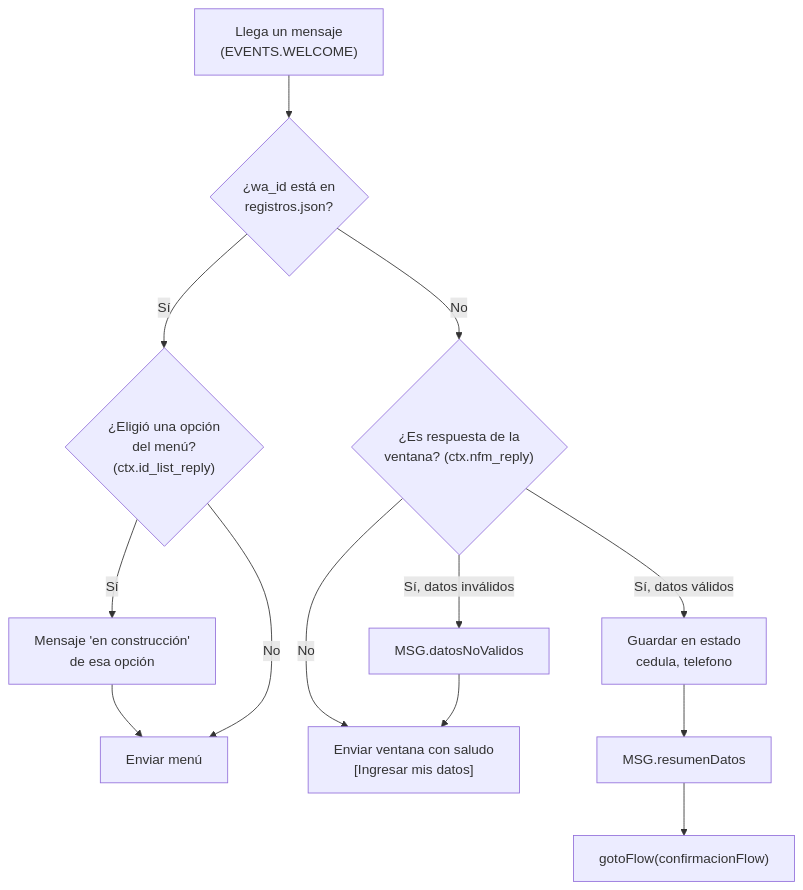
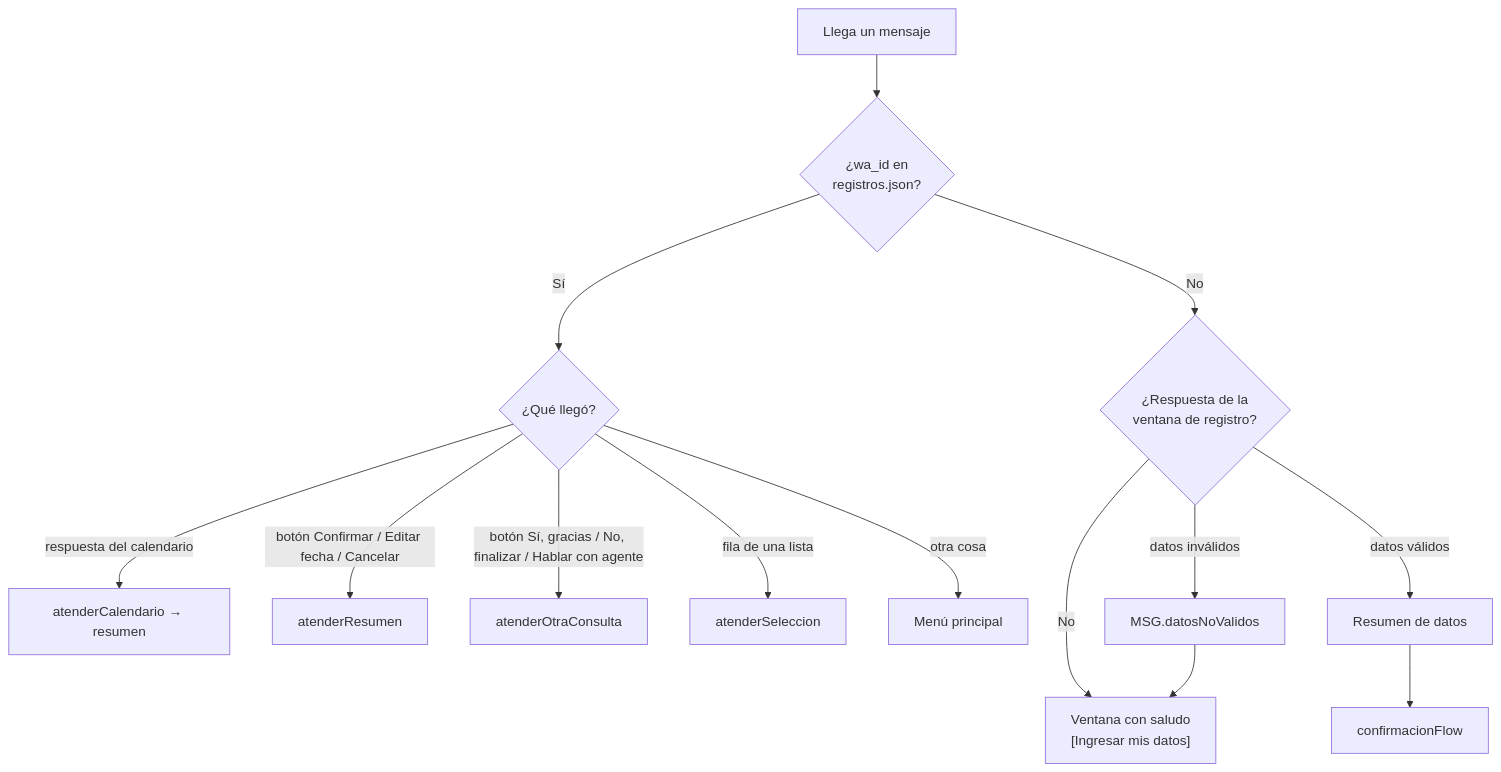
Before and after one commit to brayanfonseca-ai/valeri-bot: the second of 5 diagrams in docs/ARQUITECTURA_VALERI.md, drawn with Mermaid. The commit also changed other lines of this file and 18 other files, not shown here.

Commit message:
Valeri: comprobante de pago, vacaciones, solicitud con calendario y cierre con 'otra consulta'

````diff
--- a/docs/ARQUITECTURA_VALERI.md
+++ b/docs/ARQUITECTURA_VALERI.md
@@ -245,11 +201,14 @@
 ```mermaid
 flowchart TD
-    A["Llega un mensaje<br/>(EVENTS.WELCOME)"] --> B{"¿wa_id está en<br/>registros.json?"}
-    B -- Sí --> C{"¿Eligió una opción<br/>del menú?<br/>(ctx.id_list_reply)"}
-    C -- Sí --> D["Mensaje 'en construcción'<br/>de esa opción"] --> MENU["Enviar menú"]
-    C -- No --> MENU
-    B -- No --> E{"¿Es respuesta de la<br/>ventana? (ctx.nfm_reply)"}
-    E -- No --> F["Enviar ventana con saludo<br/>[Ingresar mis datos]"]
-    E -- "Sí, datos inválidos" --> G["MSG.datosNoValidos"] --> F
-    E -- "Sí, datos válidos" --> H["Guardar en estado<br/>cedula, telefono"] --> I["MSG.resumenDatos"] --> J["gotoFlow(confirmacionFlow)"]
+    A["Llega un mensaje"] --> B{"¿wa_id en<br/>registros.json?"}
+    B -- Sí --> C{"¿Qué llegó?"}
+    C -- "respuesta del calendario" --> C1["atenderCalendario → resumen"]
+    C -- "botón Confirmar / Editar fecha / Cancelar" --> C2["atenderResumen"]
+    C -- "botón Sí, gracias / No, finalizar / Hablar con agente" --> C3["atenderOtraConsulta"]
+    C -- "fila de una lista" --> C4["atenderSeleccion"]
+    C -- "otra cosa" --> MENU["Menú principal"]
+    B -- No --> E{"¿Respuesta de la<br/>ventana de registro?"}
+    E -- No --> F["Ventana con saludo<br/>[Ingresar mis datos]"]
+    E -- "datos inválidos" --> G["MSG.datosNoValidos"] --> F
+    E -- "datos válidos" --> H["Resumen de datos"] --> I["confirmacionFlow"]
 ```
````
